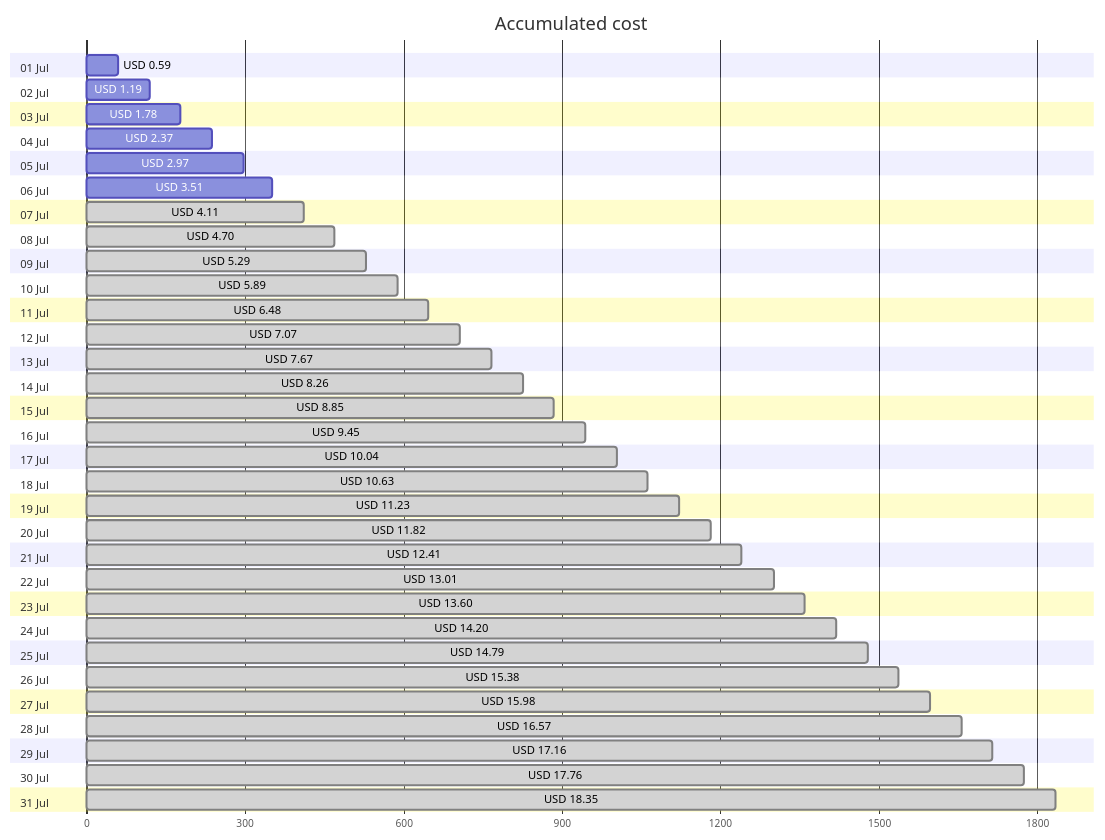
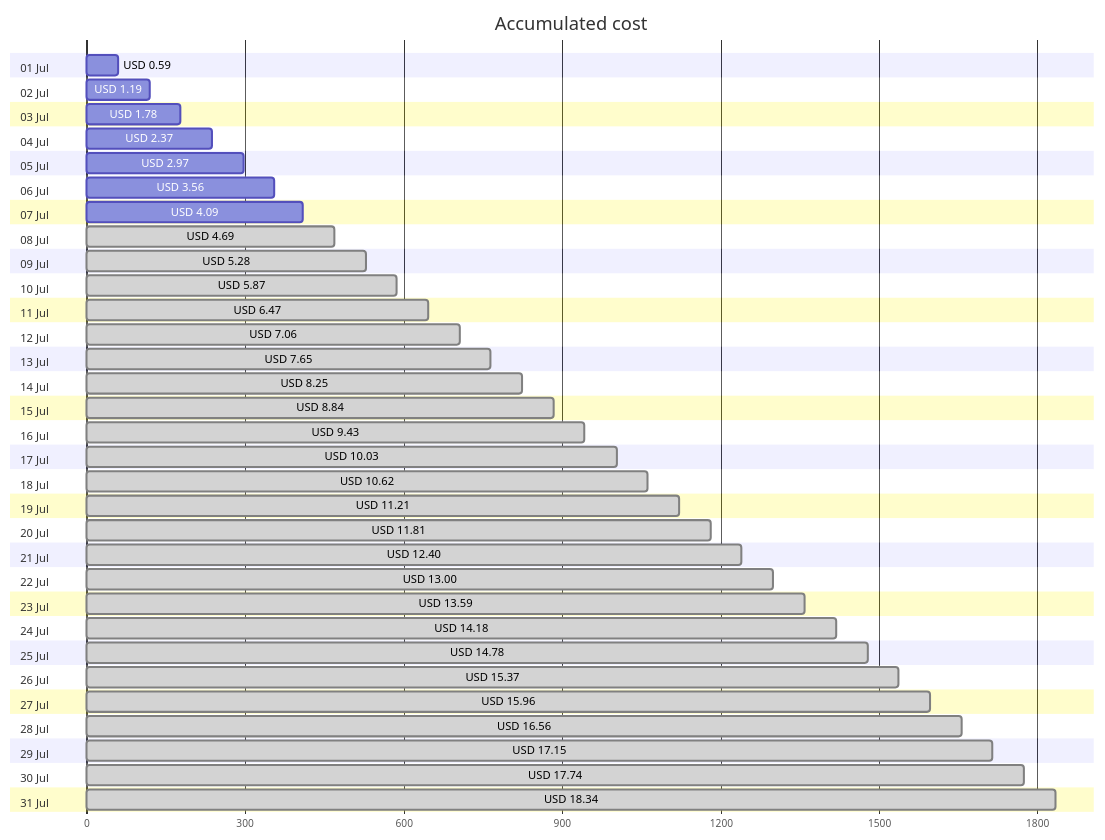
The first of 4 diagrams in cost-reports/personal-site/README.md (jpfulton/azure-personal-reports), drawn with Mermaid before and after one commit. The commit also changed other lines of this file and 6 other files, not shown here.

````diff
--- a/cost-reports/personal-site/README.md
+++ b/cost-reports/personal-site/README.md
@@ -20,68 +20,68 @@
 ```mermaid
 gantt
    title Accumulated cost
    dateFormat  X
    axisFormat %s
    section 01 Jul
    USD 0.59 :0, 59
    section 02 Jul
    USD 1.19 :0, 119
    section 03 Jul
    USD 1.78 :0, 178
    section 04 Jul
    USD 2.37 :0, 237
    section 05 Jul
    USD 2.97 :0, 297
    section 06 Jul
-   USD 3.51 :0, 351
+   USD 3.56 :0, 356
    section 07 Jul
-   USD 4.11 : done, 0, 411
+   USD 4.09 :0, 409
    section 08 Jul
-   USD 4.70 : done, 0, 470
+   USD 4.69 : done, 0, 469
    section 09 Jul
-   USD 5.29 : done, 0, 529
+   USD 5.28 : done, 0, 528
    section 10 Jul
-   USD 5.89 : done, 0, 589
+   USD 5.87 : done, 0, 587
    section 11 Jul
-   USD 6.48 : done, 0, 648
+   USD 6.47 : done, 0, 647
    section 12 Jul
-   USD 7.07 : done, 0, 707
+   USD 7.06 : done, 0, 706
    section 13 Jul
-   USD 7.67 : done, 0, 767
+   USD 7.65 : done, 0, 765
    section 14 Jul
-   USD 8.26 : done, 0, 826
+   USD 8.25 : done, 0, 825
    section 15 Jul
-   USD 8.85 : done, 0, 885
+   USD 8.84 : done, 0, 884
    section 16 Jul
-   USD 9.45 : done, 0, 945
+   USD 9.43 : done, 0, 943
    section 17 Jul
-   USD 10.04 : done, 0, 1004
+   USD 10.03 : done, 0, 1003
    section 18 Jul
-   USD 10.63 : done, 0, 1063
+   USD 10.62 : done, 0, 1062
    section 19 Jul
-   USD 11.23 : done, 0, 1123
+   USD 11.21 : done, 0, 1121
    section 20 Jul
-   USD 11.82 : done, 0, 1182
+   USD 11.81 : done, 0, 1181
    section 21 Jul
-   USD 12.41 : done, 0, 1241
+   USD 12.40 : done, 0, 1240
    section 22 Jul
-   USD 13.01 : done, 0, 1301
+   USD 13.00 : done, 0, 1300
    section 23 Jul
-   USD 13.60 : done, 0, 1360
+   USD 13.59 : done, 0, 1359
    section 24 Jul
-   USD 14.20 : done, 0, 1420
+   USD 14.18 : done, 0, 1418
    section 25 Jul
-   USD 14.79 : done, 0, 1479
+   USD 14.78 : done, 0, 1478
    section 26 Jul
-   USD 15.38 : done, 0, 1538
+   USD 15.37 : done, 0, 1537
    section 27 Jul
-   USD 15.98 : done, 0, 1598
+   USD 15.96 : done, 0, 1596
    section 28 Jul
-   USD 16.57 : done, 0, 1657
+   USD 16.56 : done, 0, 1656
    section 29 Jul
-   USD 17.16 : done, 0, 1716
+   USD 17.15 : done, 0, 1715
    section 30 Jul
-   USD 17.76 : done, 0, 1776
+   USD 17.74 : done, 0, 1774
    section 31 Jul
-   USD 18.35 : done, 0, 1835
+   USD 18.34 : done, 0, 1834
 ```
````
